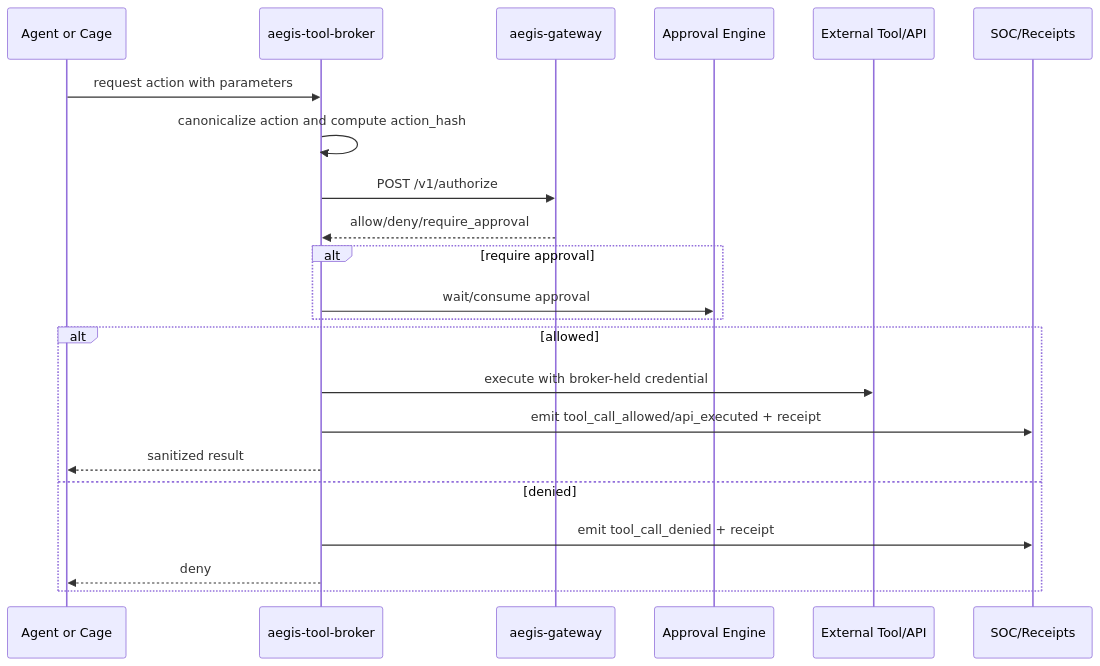
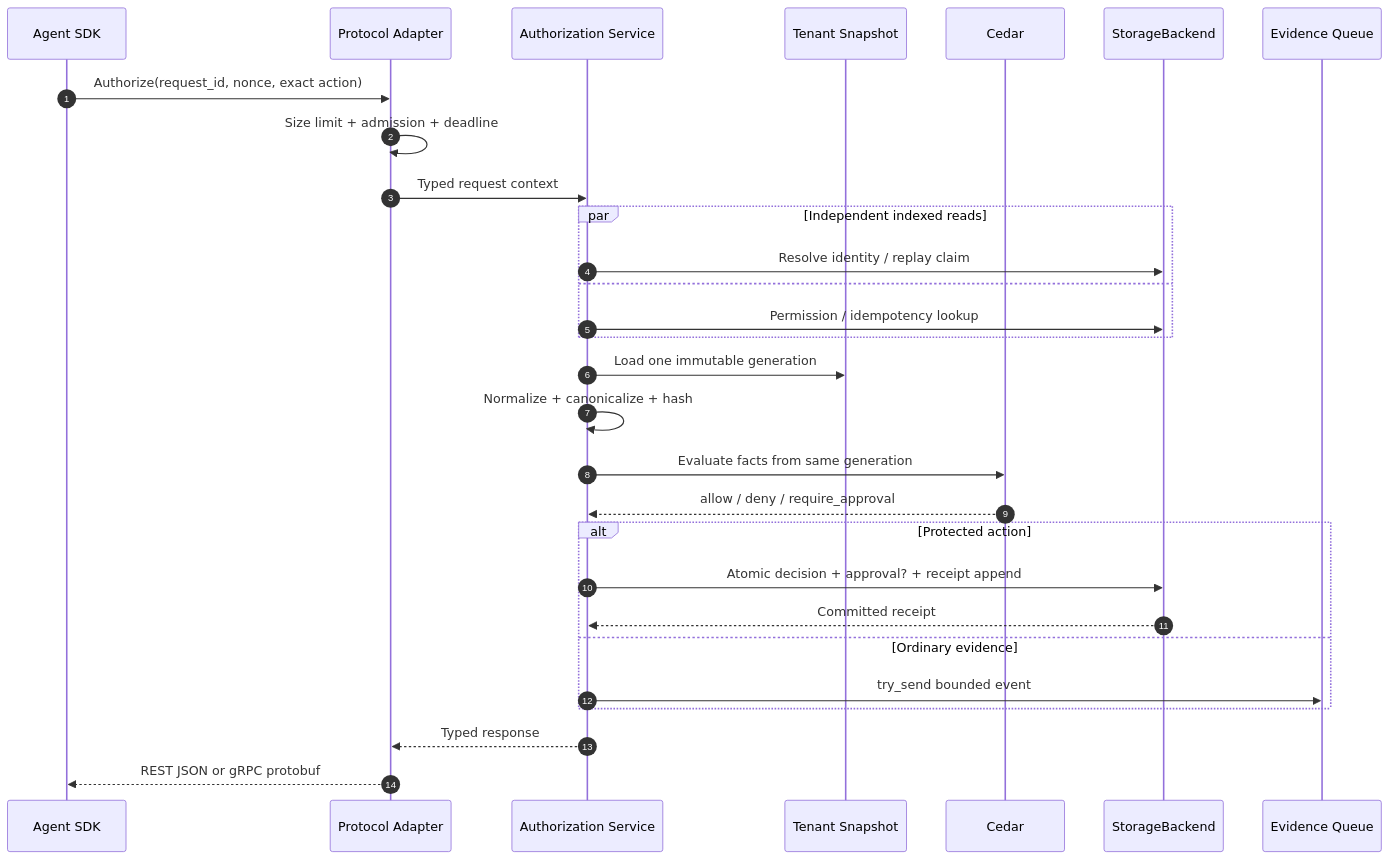
One commit to lavkushry/AegisAgent changed the third of 7 diagrams in docs/AegisAgent_World_Class_HLD.md. Above: the diagram before and after it, drawn with Mermaid. The commit also changed other lines of this file and 18 other files, not shown here.

First line of the commit message:
Enhance documentation and architecture clarity

````diff
--- a/docs/AegisAgent_World_Class_HLD.md
+++ b/docs/AegisAgent_World_Class_HLD.md
@@ -402,25 +217,32 @@
 ```mermaid
 sequenceDiagram
-    participant Agent as Agent or Cage
-    participant Broker as aegis-tool-broker
-    participant GW as aegis-gateway
-    participant Approval as Approval Engine
-    participant Tool as External Tool/API
-    participant SOC as SOC/Receipts
+    autonumber
+    participant A as Agent SDK
+    participant G as Protocol Adapter
+    participant S as Authorization Service
+    participant C as Tenant Snapshot
+    participant P as Cedar
+    participant D as StorageBackend
+    participant Q as Evidence Queue
 
-    Agent->>Broker: request action with parameters
-    Broker->>Broker: canonicalize action and compute action_hash
-    Broker->>GW: POST /v1/authorize
-    GW-->>Broker: allow/deny/require_approval
-    alt require approval
-        Broker->>Approval: wait/consume approval
+    A->>G: Authorize(request_id, nonce, exact action)
+    G->>G: Size limit + admission + deadline
+    G->>S: Typed request context
+    par Independent indexed reads
+        S->>D: Resolve identity / replay claim
+    and
+        S->>D: Permission / idempotency lookup
     end
-    alt allowed
-        Broker->>Tool: execute with broker-held credential
-        Broker->>SOC: emit tool_call_allowed/api_executed + receipt
-        Broker-->>Agent: sanitized result
-    else denied
-        Broker->>SOC: emit tool_call_denied + receipt
-        Broker-->>Agent: deny
+    S->>C: Load one immutable generation
+    S->>S: Normalize + canonicalize + hash
+    S->>P: Evaluate facts from same generation
+    P-->>S: allow / deny / require_approval
+    alt Protected action
+        S->>D: Atomic decision + approval? + receipt append
+        D-->>S: Committed receipt
+    else Ordinary evidence
+        S->>Q: try_send bounded event
     end
+    S-->>G: Typed response
+    G-->>A: REST JSON or gRPC protobuf
 ```
````
